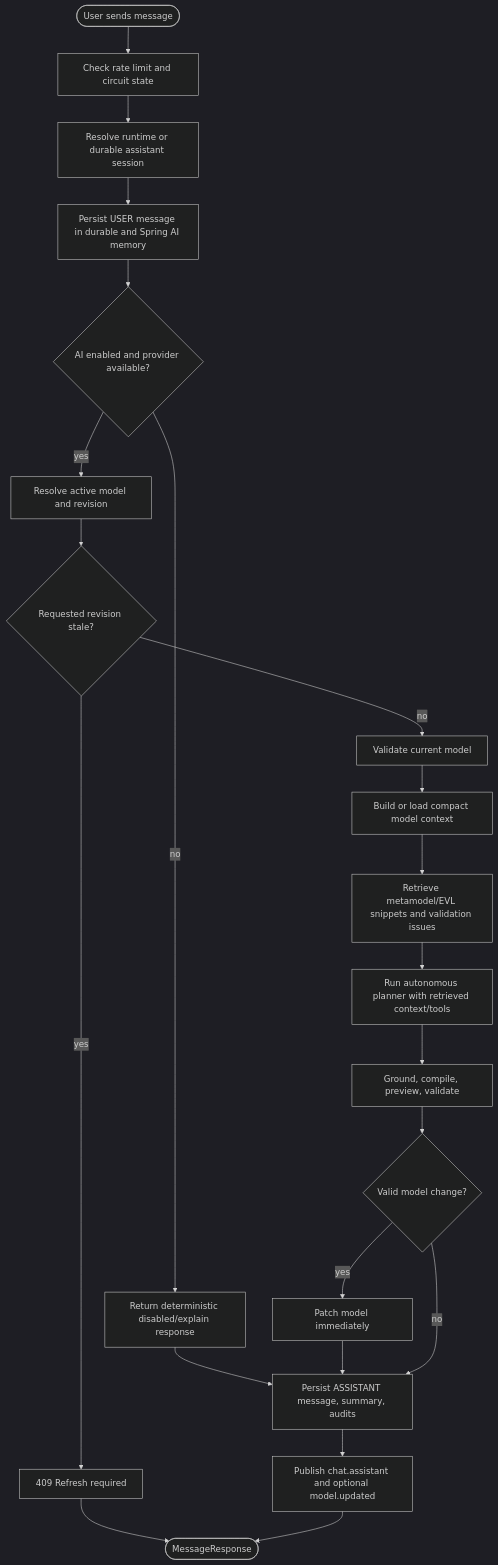
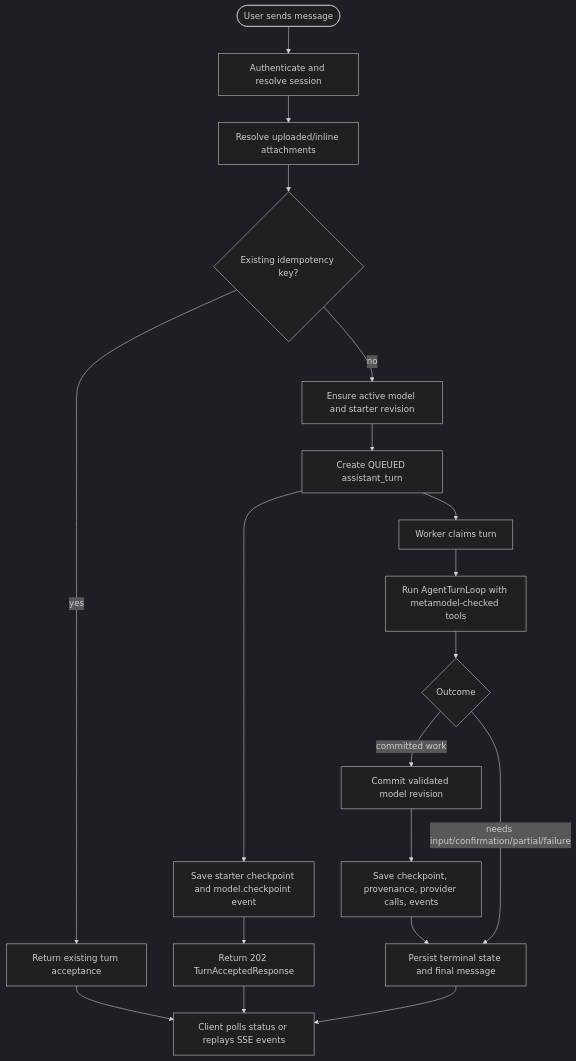
Before and after one commit to mehdieidi/modriss: the first of 3 diagrams in docs/diagrams/15-ai-assistant-turn-and-proposal.md, drawn with Mermaid (dark theme). The commit also changed other lines of this file and 37 other files, not shown here.

First line of the commit message:
docs: refactor AI assistant documentation and improve clarity on durable turns, checkpoints, and event handling

````diff
--- a/docs/diagrams/15-ai-assistant-turn-and-proposal.md
+++ b/docs/diagrams/15-ai-assistant-turn-and-proposal.md
@@ -5,30 +5,27 @@
 ```mermaid
 flowchart TD
     start([User sends message])
-    rate["Check rate limit and circuit state"]
-    session["Resolve runtime or durable assistant session"]
-    saveUser["Persist USER message in durable and Spring AI memory"]
-    enabled{"AI enabled and provider available?"}
-    disabled["Return deterministic disabled/explain response"]
-    load["Resolve active model and revision"]
-    conflict{"Requested revision stale?"}
-    validate["Validate current model"]
-    snapshot["Build or load compact model context"]
-    retrieve["Retrieve metamodel/EVL snippets and validation issues"]
-    plan["Run autonomous planner with retrieved context/tools"]
-    compile["Ground, compile, preview, validate"]
-    valid{"Valid model change?"}
-    apply["Patch model immediately"]
-    final["Persist ASSISTANT message, summary, audits"]
-    publish["Publish chat.assistant and optional model.updated"]
-    done([MessageResponse])
+    auth["Authenticate and resolve session"]
+    attach["Resolve uploaded/inline attachments"]
+    idem{"Existing idempotency key?"}
+    existing["Return existing turn acceptance"]
+    ensure["Ensure active model and starter revision"]
+    create["Create QUEUED assistant_turn"]
+    checkpoint["Save starter checkpoint and model.checkpoint event"]
+    accepted["Return 202 TurnAcceptedResponse"]
+    claim["Worker claims turn"]
+    run["Run AgentTurnLoop with metamodel-checked tools"]
+    state{"Outcome"}
+    commit["Commit validated model revision"]
+    saveCheckpoint["Save checkpoint, provenance, provider calls, events"]
+    terminal["Persist terminal state and final message"]
+    controls["Client polls status or replays SSE events"]
 
-    start --> rate --> session --> saveUser --> enabled
-    enabled -- no --> disabled --> final
-    enabled -- yes --> load --> conflict
-    conflict -- yes --> stale["409 Refresh required"] --> done
-    conflict -- no --> validate --> snapshot --> retrieve --> plan --> compile --> valid
-    valid -- yes --> apply --> final
-    valid -- no --> final
-    final --> publish --> done
+    start --> auth --> attach --> idem
+    idem -- yes --> existing --> controls
+    idem -- no --> ensure --> create --> checkpoint --> accepted --> controls
+    create --> claim --> run --> state
+    state -- committed work --> commit --> saveCheckpoint --> terminal
+    state -- needs input/confirmation/partial/failure --> terminal
+    terminal --> controls
 ```
````
